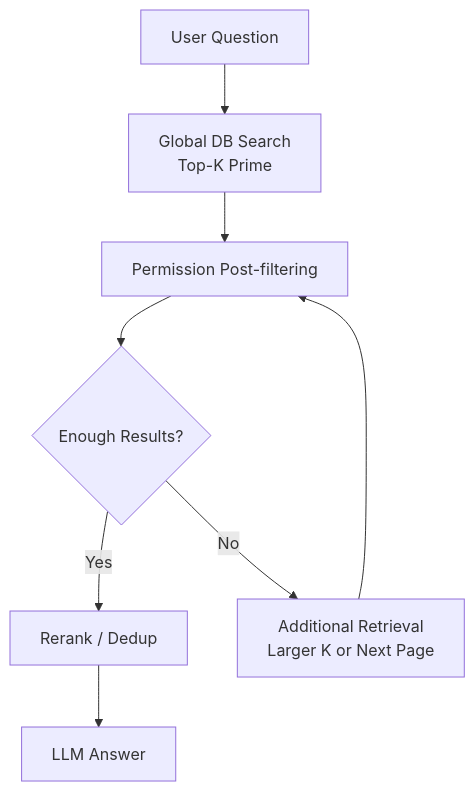
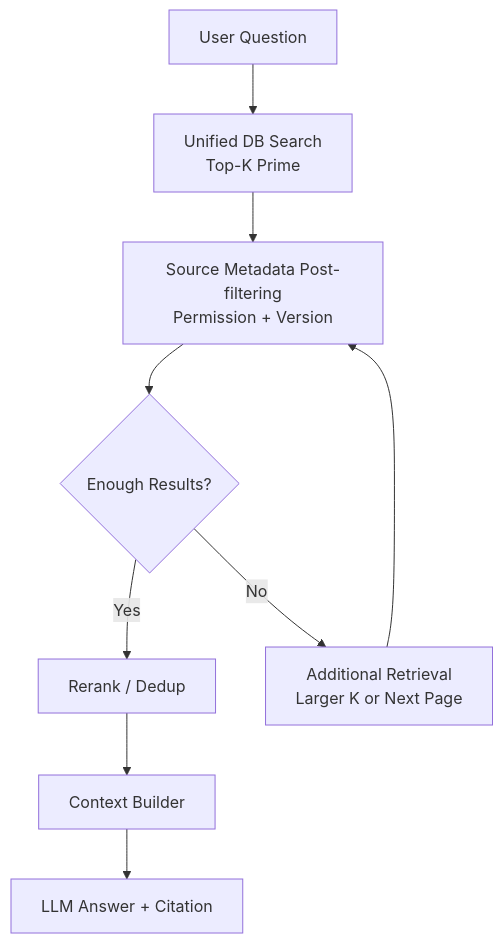
One commit to younlea/2026_architect_9B_team changed the second of 3 diagrams in doc/03_DP2_Permission_Aware_Dataset_Strategy.md. Above: the diagram before and after it, drawn with Mermaid. The commit also changed other lines of this file and 14 other files, not shown here.

````diff
--- a/doc/03_DP2_Permission_Aware_Dataset_Strategy.md
+++ b/doc/03_DP2_Permission_Aware_Dataset_Strategy.md
@@ -108,10 +178,11 @@
 ```mermaid
 flowchart TD
-    Q[User Question] --> S[Global DB Search<br/>Top-K Prime]
-    S --> F[Permission Post-filtering]
-    F --> C{Enough Results?}
-    C -->|Yes| R[Rerank / Dedup]
-    C -->|No| S2[Additional Retrieval<br/>Larger K or Next Page]
+    Q[User Question] --> S[Unified DB Search<br/>Top-K Prime]
+    S --> F[Source Metadata Post-filtering<br/>Permission + Version]
+    F --> E{Enough Results?}
+    E -->|Yes| R[Rerank / Dedup]
+    E -->|No| S2[Additional Retrieval<br/>Larger K or Next Page]
     S2 --> F
-    R --> L[LLM Answer]
+    R --> C[Context Builder]
+    C --> L[LLM Answer + Citation]
 ```
````
